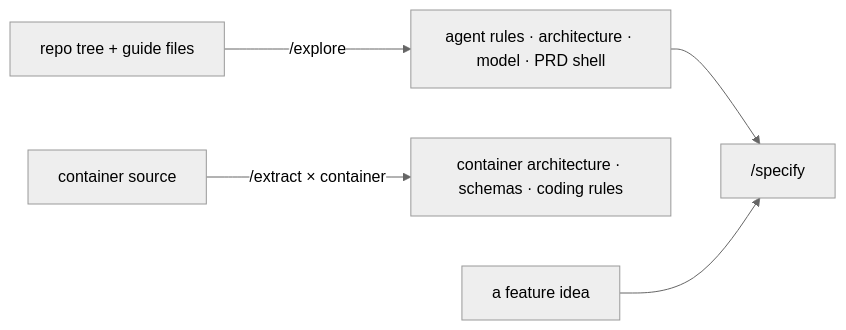
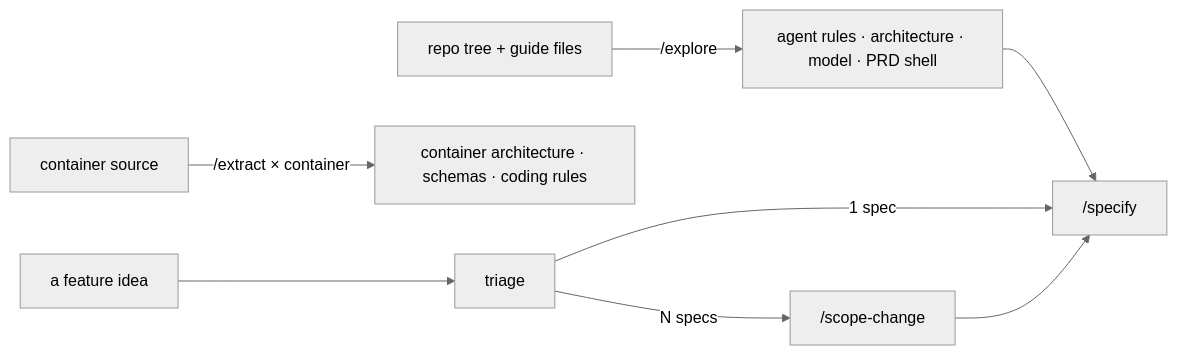
One commit to AIDDbot/AIDDbot changed the third of 5 diagrams in docs/AIDD.workflow.md. Above: the diagram before and after it, drawn with Mermaid (neutral theme). The commit also changed other lines of this file and 25 other files, not shown here.

````diff
--- a/docs/AIDD.workflow.md
+++ b/docs/AIDD.workflow.md
@@ -71,7 +79,10 @@
 ```mermaid
 flowchart LR
   TREE[repo tree + guide files] -->|/explore| SYS[agent rules · architecture · model · PRD shell]
   SRC[container source] -->|/extract × container| DET[container architecture · schemas · coding rules]
   SYS --> SPEC["/specify"]
-  FEAT[a feature idea] --> SPEC
+  FEAT[a feature idea] --> TRIAGE[triage]
+  TRIAGE -->|1 spec| SPEC
+  TRIAGE -->|N specs| SCOPE["/scope-change"]
+  SCOPE --> SPEC
 ```
````
